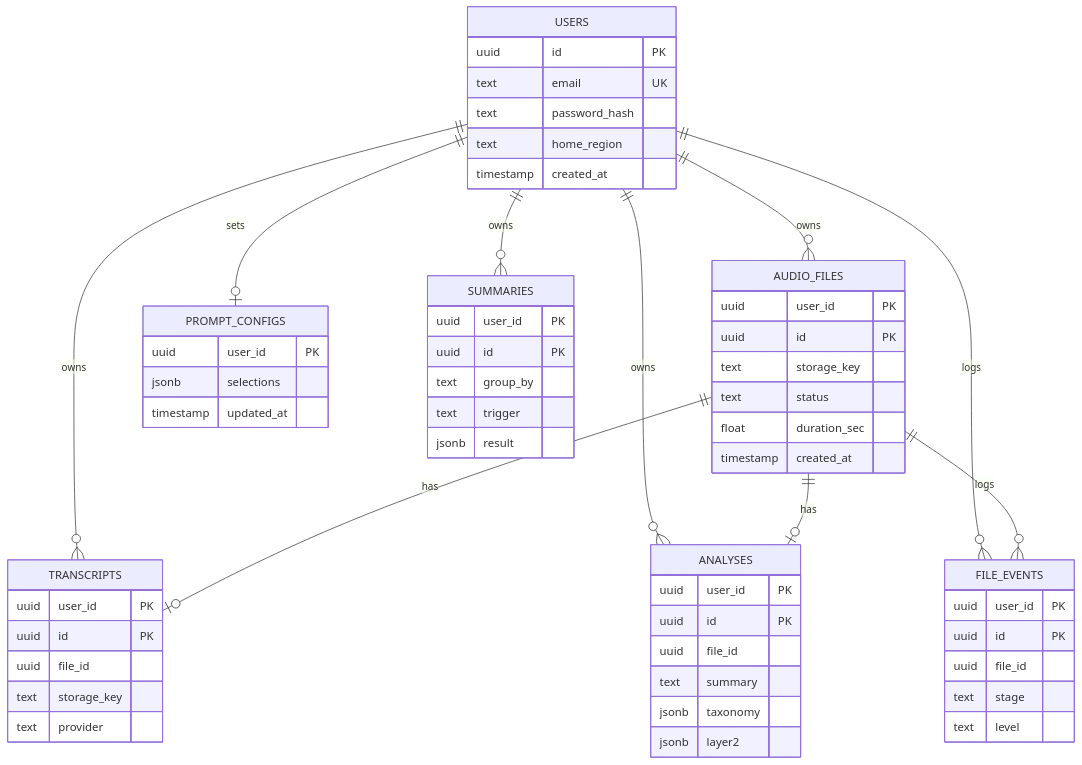
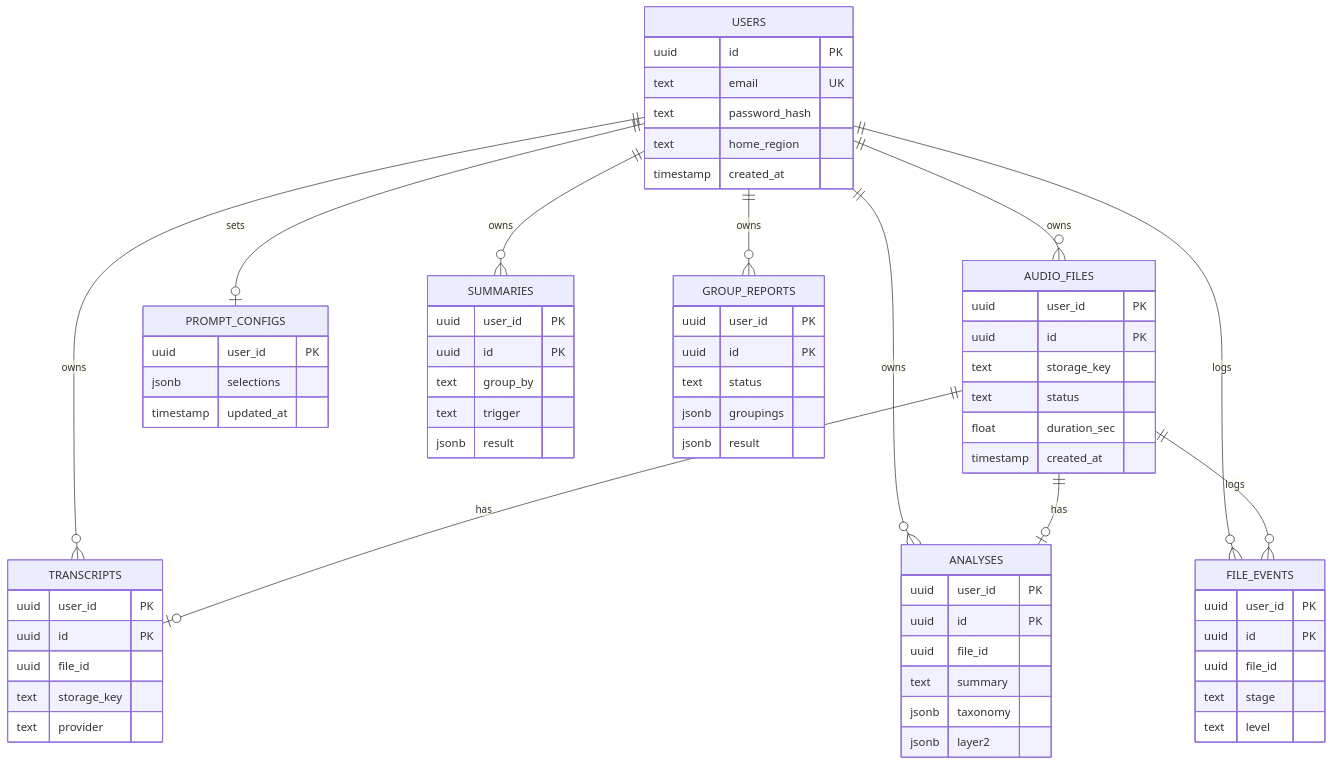
Before and after one commit to highprincezero/wn-voice-analytics: the first of 4 diagrams in docs/data-model.md, drawn with Mermaid. The commit also changed other lines of this file and 16 other files, not shown here.

First line of the commit message:
All groupings report: one background job, every grouping, an AI summary for every group

````diff
--- a/docs/data-model.md
+++ b/docs/data-model.md
@@ -18,62 +18,70 @@
 ```mermaid
 erDiagram
   USERS ||--o{ AUDIO_FILES : owns
   USERS ||--o| PROMPT_CONFIGS : sets
   USERS ||--o{ TRANSCRIPTS : owns
   USERS ||--o{ ANALYSES : owns
   USERS ||--o{ SUMMARIES : owns
+  USERS ||--o{ GROUP_REPORTS : owns
   USERS ||--o{ FILE_EVENTS : logs
   AUDIO_FILES ||--o| TRANSCRIPTS : has
   AUDIO_FILES ||--o| ANALYSES : has
   AUDIO_FILES ||--o{ FILE_EVENTS : logs
 
   USERS {
     uuid id PK
     text email UK
     text password_hash
     text home_region
     timestamp created_at
   }
   AUDIO_FILES {
     uuid user_id PK
     uuid id PK
     text storage_key
     text status
     float duration_sec
     timestamp created_at
   }
   TRANSCRIPTS {
     uuid user_id PK
     uuid id PK
     uuid file_id
     text storage_key
     text provider
   }
   ANALYSES {
     uuid user_id PK
     uuid id PK
     uuid file_id
     text summary
     jsonb taxonomy
     jsonb layer2
   }
   PROMPT_CONFIGS {
     uuid user_id PK
     jsonb selections
     timestamp updated_at
   }
   SUMMARIES {
     uuid user_id PK
     uuid id PK
     text group_by
     text trigger
     jsonb result
   }
+  GROUP_REPORTS {
+    uuid user_id PK
+    uuid id PK
+    text status
+    jsonb groupings
+    jsonb result
+  }
   FILE_EVENTS {
     uuid user_id PK
     uuid id PK
     uuid file_id
     text stage
     text level
   }
 ```
````
